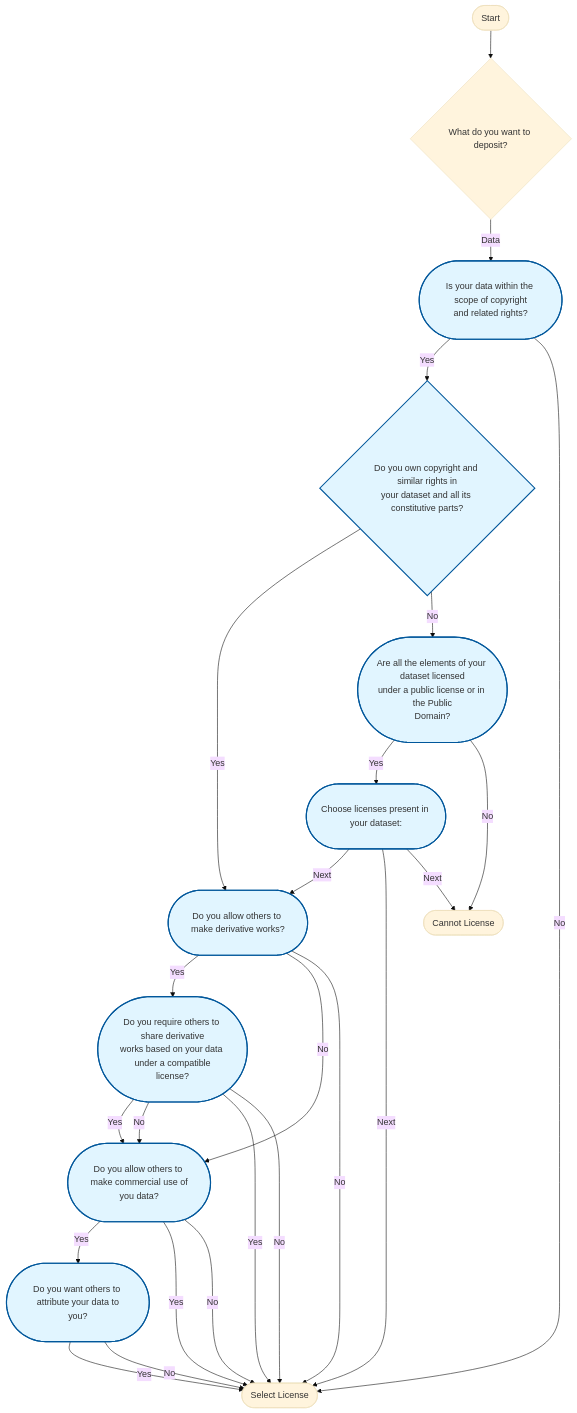
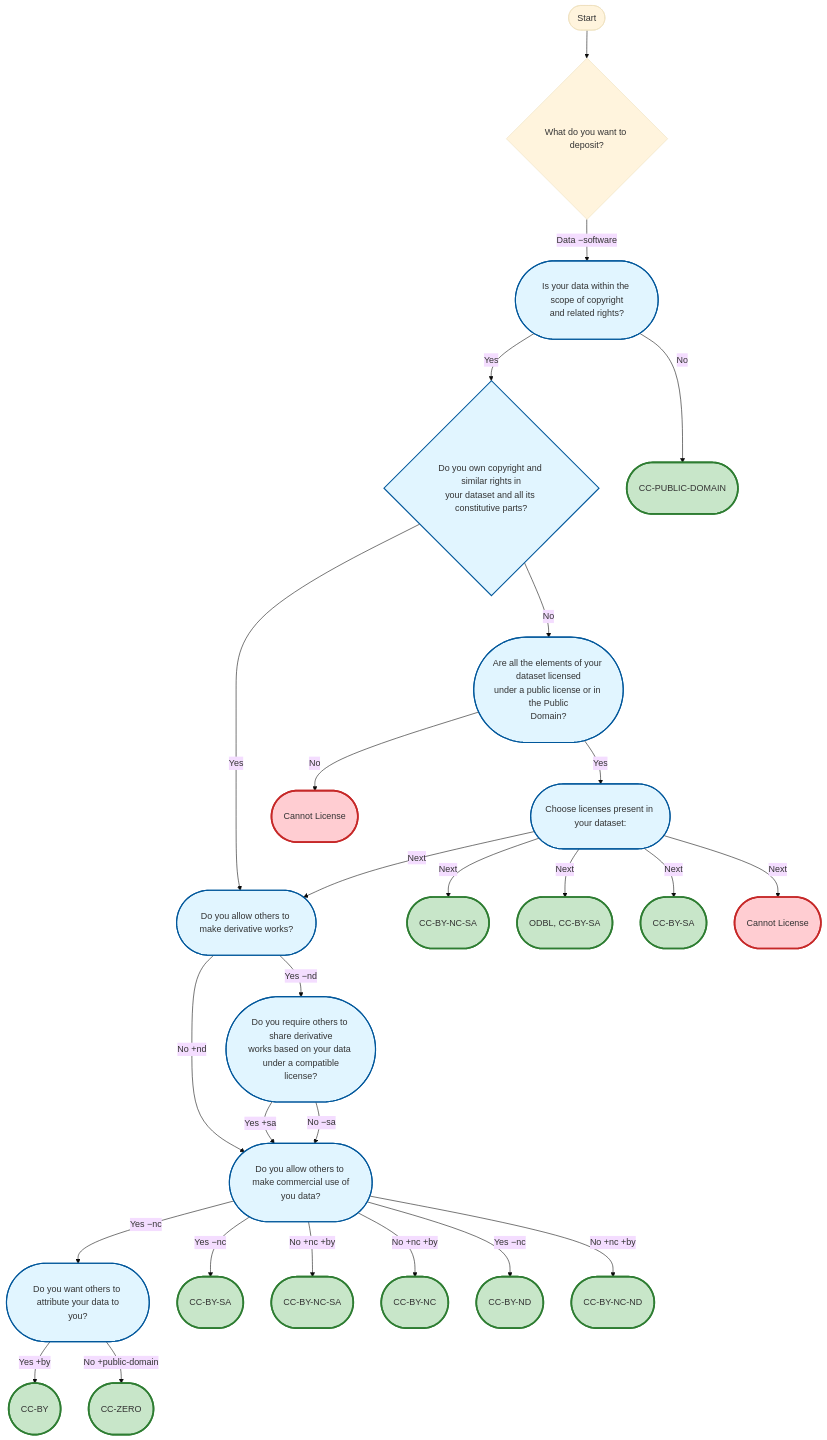
One commit to kosarko/public-license-selector changed the second of 3 diagrams in docs/state-graph.md. Above: the diagram before and after it, drawn with Mermaid. The commit also changed other lines of this file and 1 other file, not shown here.

First line of the commit message:
Add license bag simulation to state graph generator

```diff
--- a/docs/state-graph.md
+++ b/docs/state-graph.md
@@ -125,28 +127,56 @@
     LicenseInteropData(["Choose licenses present in your dataset:"])
     class LicenseInteropData dataPath
 
-    KindOfContent -->|"Data"| DataCopyrightable
+    KindOfContent -->|"Data −software"| DataCopyrightable
     DataCopyrightable -->|"Yes"| OwnIPR
     OwnIPR -->|"Yes"| AllowDerivativeWorks
     OwnIPR -->|"No"| EnsureLicensing
-    AllowDerivativeWorks -->|"Yes"| ShareAlike
-    AllowDerivativeWorks -->|"No"| CommercialUse
-    ShareAlike -->|"Yes"| CommercialUse
-    ShareAlike -->|"No"| CommercialUse
-    CommercialUse -->|"Yes"| DecideAttribute
+    AllowDerivativeWorks -->|"Yes −nd"| ShareAlike
+    AllowDerivativeWorks -->|"No +nd"| CommercialUse
+    ShareAlike -->|"Yes +sa"| CommercialUse
+    ShareAlike -->|"No −sa"| CommercialUse
+    CommercialUse -->|"Yes −nc"| DecideAttribute
     EnsureLicensing -->|"Yes"| LicenseInteropData
     LicenseInteropData -->|"Next"| AllowDerivativeWorks
-    DataCopyrightable -->|"No"| End([Select License])
-    AllowDerivativeWorks -->|"No"| End([Select License])
-    ShareAlike -->|"Yes"| End([Select License])
-    ShareAlike -->|"No"| End([Select License])
-    CommercialUse -->|"Yes"| End([Select License])
-    CommercialUse -->|"No"| End([Select License])
-    DecideAttribute -->|"Yes"| End([Select License])
-    DecideAttribute -->|"No"| End([Select License])
-    LicenseInteropData -->|"Next"| End([Select License])
-    EnsureLicensing -->|"No"| Error([Cannot License])
-    LicenseInteropData -->|"Next"| Error([Cannot License])
+    DataCopyrightable -->|"No"| Term_0
+    Term_0(["CC-PUBLIC-DOMAIN"])
+    class Term_0 terminalNode
+    CommercialUse -->|"Yes −nc"| Term_1
+    Term_1(["CC-BY-SA"])
+    class Term_1 terminalNode
+    CommercialUse -->|"No +nc +by"| Term_2
+    Term_2(["CC-BY-NC-SA"])
+    class Term_2 terminalNode
+    CommercialUse -->|"No +nc +by"| Term_3
+    Term_3(["CC-BY-NC"])
+    class Term_3 terminalNode
+    DecideAttribute -->|"Yes +by"| Term_4
+    Term_4(["CC-BY"])
+    class Term_4 terminalNode
+    DecideAttribute -->|"No +public-domain"| Term_5
+    Term_5(["CC-ZERO"])
+    class Term_5 terminalNode
+    CommercialUse -->|"Yes −nc"| Term_6
+    Term_6(["CC-BY-ND"])
+    class Term_6 terminalNode
+    CommercialUse -->|"No +nc +by"| Term_7
+    Term_7(["CC-BY-NC-ND"])
+    class Term_7 terminalNode
+    EnsureLicensing -->|"No"| Term_8
+    Term_8(["Cannot License"])
+    class Term_8 errorNode
+    LicenseInteropData -->|"Next"| Term_9
+    Term_9(["CC-BY-NC-SA"])
+    class Term_9 terminalNode
+    LicenseInteropData -->|"Next"| Term_10
+    Term_10(["ODBL, CC-BY-SA"])
+    class Term_10 terminalNode
+    LicenseInteropData -->|"Next"| Term_11
+    Term_11(["CC-BY-SA"])
+    class Term_11 terminalNode
+    LicenseInteropData -->|"Next"| Term_12
+    Term_12(["Cannot License"])
+    class Term_12 errorNode
 
     classDef dataPath fill:#e1f5ff,stroke:#01579b,stroke-width:2px,padding:15px,min-width:250px
     classDef softwarePath fill:#f3e5f5,stroke:#4a148c,stroke-width:2px,padding:15px,min-width:250px
```
